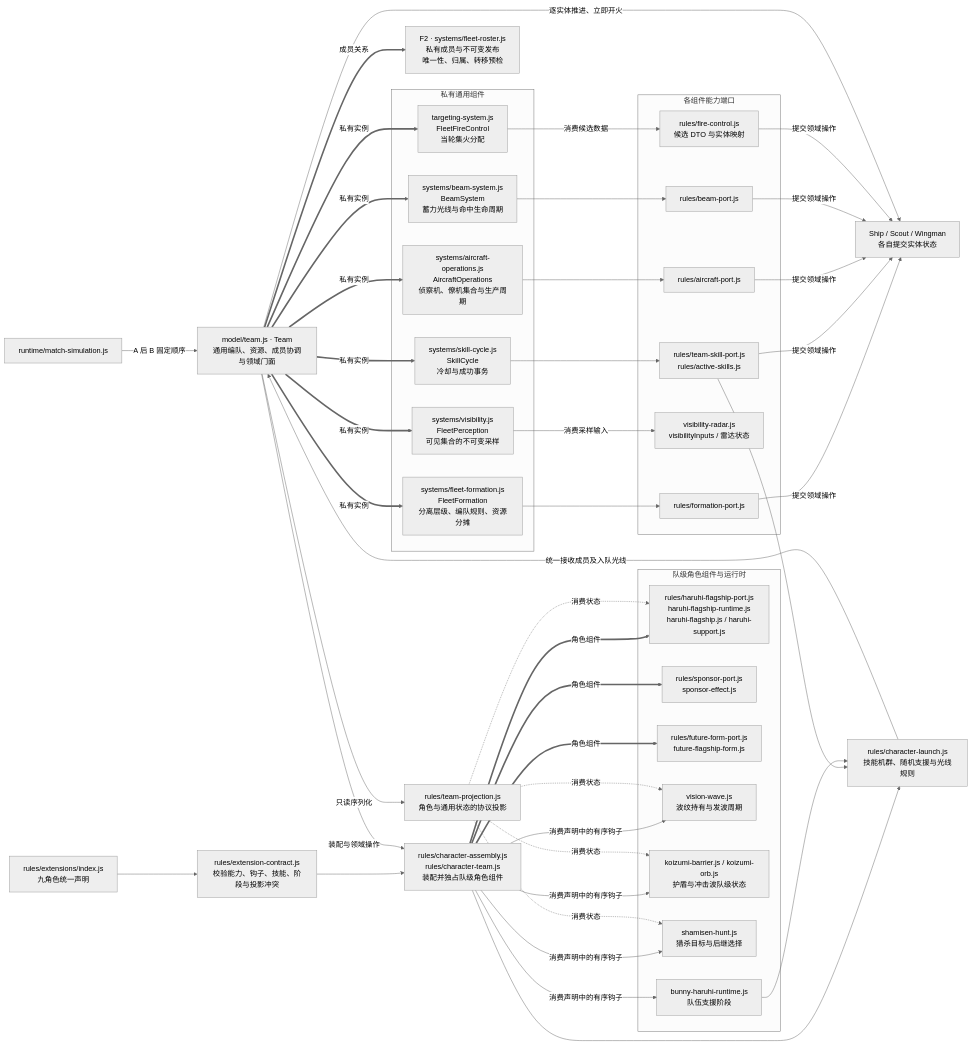
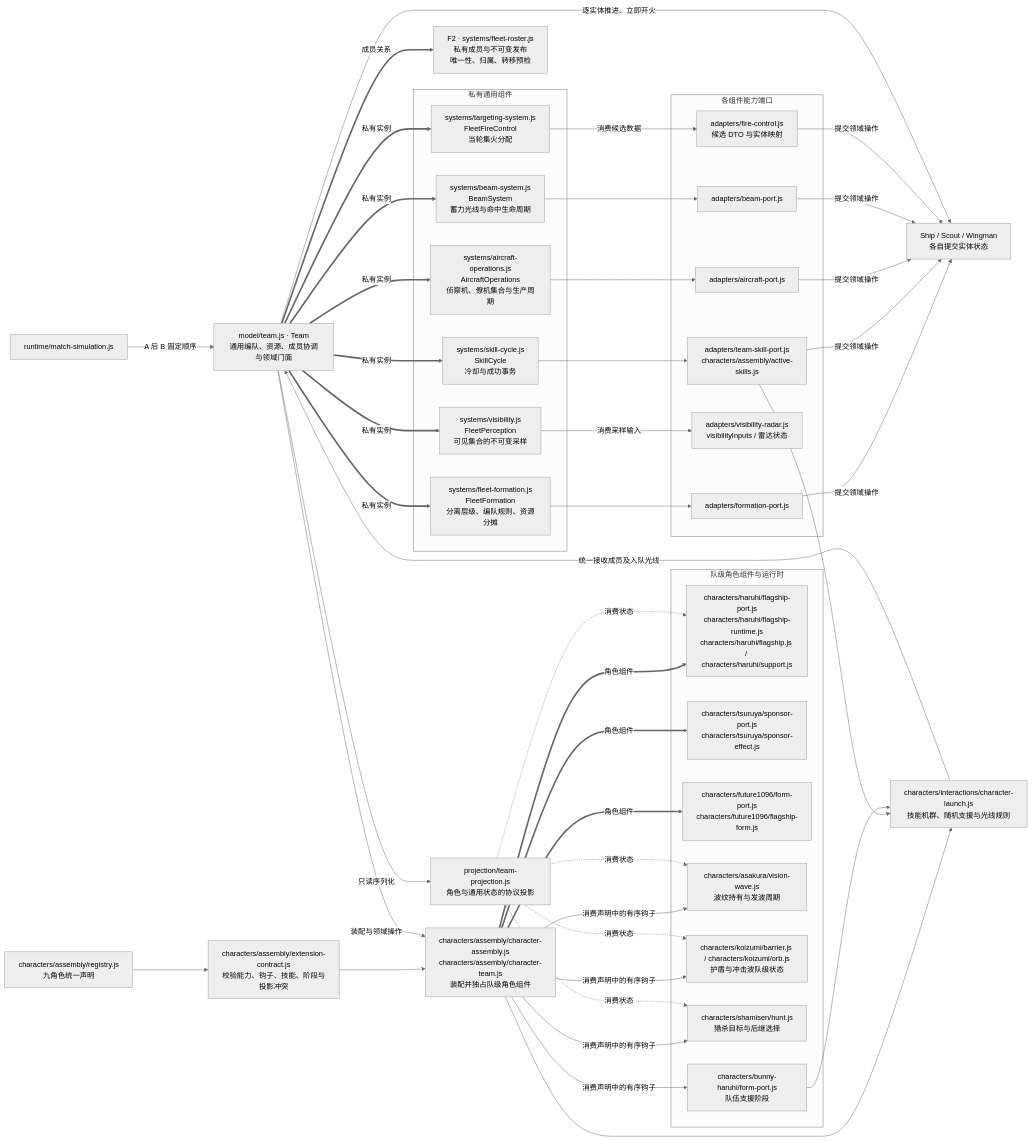
Before and after one commit to Haruhi-Labs/TDOS: the third of 9 diagrams in docs/architecture-map.md, drawn with Mermaid (neutral theme). The commit also changed other lines of this file and 270 other files, not shown here.

````diff
--- a/docs/architecture-map.md
+++ b/docs/architecture-map.md
@@ -132,56 +132,56 @@
 ```mermaid
 flowchart LR
   T["model/team.js · Team<br/>通用编队、资源、成员协调与领域门面"]
   MEM["F2 · systems/fleet-roster.js<br/>私有成员与不可变发布<br/>唯一性、归属、转移预检"]
   subgraph generic[私有通用组件]
     F["systems/fleet-formation.js<br/>FleetFormation<br/>分离层级、编队规则、资源分摊"]
     SK["systems/skill-cycle.js<br/>SkillCycle<br/>冷却与成功事务"]
     AC["systems/aircraft-operations.js<br/>AircraftOperations<br/>侦察机、僚机集合与生产周期"]
     BM["systems/beam-system.js<br/>BeamSystem<br/>蓄力光线与命中生命周期"]
     V["systems/visibility.js<br/>FleetPerception<br/>可见集合的不可变采样"]
-    FC["targeting-system.js<br/>FleetFireControl<br/>当轮集火分配"]
+    FC["systems/targeting-system.js<br/>FleetFireControl<br/>当轮集火分配"]
   end
   subgraph adapters[各组件能力端口]
-    FP["rules/formation-port.js"]
-    SP["rules/team-skill-port.js<br/>rules/active-skills.js"]
-    AP["rules/aircraft-port.js"]
-    BP["rules/beam-port.js"]
-    VP["visibility-radar.js<br/>visibilityInputs / 雷达状态"]
-    FCP["rules/fire-control.js<br/>候选 DTO 与实体映射"]
+    FP["adapters/formation-port.js"]
+    SP["adapters/team-skill-port.js<br/>characters/assembly/active-skills.js"]
+    AP["adapters/aircraft-port.js"]
+    BP["adapters/beam-port.js"]
+    VP["adapters/visibility-radar.js<br/>visibilityInputs / 雷达状态"]
+    FCP["adapters/fire-control.js<br/>候选 DTO 与实体映射"]
   end
   subgraph specific[队级角色组件与运行时]
-    HF["rules/haruhi-flagship-port.js<br/>haruhi-flagship-runtime.js<br/>haruhi-flagship.js / haruhi-support.js"]
-    SF["rules/sponsor-port.js<br/>sponsor-effect.js"]
-    FF["rules/future-form-port.js<br/>future-flagship-form.js"]
-    VW["vision-wave.js<br/>波纹持有与发波周期"]
-    KB["koizumi-barrier.js / koizumi-orb.js<br/>护盾与冲击波队级状态"]
-    SH["shamisen-hunt.js<br/>猎杀目标与后继选择"]
-    BH["bunny-haruhi-runtime.js<br/>队伍支援阶段"]
+    HF["characters/haruhi/flagship-port.js<br/>characters/haruhi/flagship-runtime.js<br/>characters/haruhi/flagship.js / characters/haruhi/support.js"]
+    SF["characters/tsuruya/sponsor-port.js<br/>characters/tsuruya/sponsor-effect.js"]
+    FF["characters/future1096/form-port.js<br/>characters/future1096/flagship-form.js"]
+    VW["characters/asakura/vision-wave.js<br/>波纹持有与发波周期"]
+    KB["characters/koizumi/barrier.js / characters/koizumi/orb.js<br/>护盾与冲击波队级状态"]
+    SH["characters/shamisen/hunt.js<br/>猎杀目标与后继选择"]
+    BH["characters/bunny-haruhi/form-port.js<br/>队伍支援阶段"]
   end
   M["runtime/match-simulation.js"]
   S["Ship / Scout / Wingman<br/>各自提交实体状态"]
   T ==>|成员关系| MEM
   T ==>|私有实例| F & SK & AC & BM & V & FC
   F --> FP
   SK --> SP
   AC --> AP
   BM --> BP
   V -->|消费采样输入| VP
   FC -->|消费候选数据| FCP
   FP & SP & AP & BP & FCP -->|提交领域操作| S
-  ASSEMBLY["rules/character-assembly.js<br/>rules/character-team.js<br/>装配并独占队级角色组件"]
-  EXT["rules/extensions/index.js<br/>九角色统一声明"]
-  CONTRACT["rules/extension-contract.js<br/>校验能力、钩子、技能、阶段与投影冲突"]
+  ASSEMBLY["characters/assembly/character-assembly.js<br/>characters/assembly/character-team.js<br/>装配并独占队级角色组件"]
+  EXT["characters/assembly/registry.js<br/>九角色统一声明"]
+  CONTRACT["characters/assembly/extension-contract.js<br/>校验能力、钩子、技能、阶段与投影冲突"]
   EXT --> CONTRACT --> ASSEMBLY
   T -->|装配与领域操作| ASSEMBLY
   ASSEMBLY ==>|角色组件| HF & SF & FF
   ASSEMBLY -->|消费声明中的有序钩子| VW & KB & SH & BH
-  LAUNCH["rules/character-launch.js<br/>技能机群、随机支援与光线规则"]
+  LAUNCH["characters/interactions/character-launch.js<br/>技能机群、随机支援与光线规则"]
   ASSEMBLY & SP & BH --> LAUNCH
   LAUNCH -->|统一接收成员及入队光线| T
   M -->|A 后 B 固定顺序| T
   T -->|逐实体推进、立即开火| S
-  TP["rules/team-projection.js<br/>角色与通用状态的协议投影"]
+  TP["projection/team-projection.js<br/>角色与通用状态的协议投影"]
   T -->|只读序列化| TP
   TP -.->|消费状态| VW & KB & SH & HF
 ```
````
